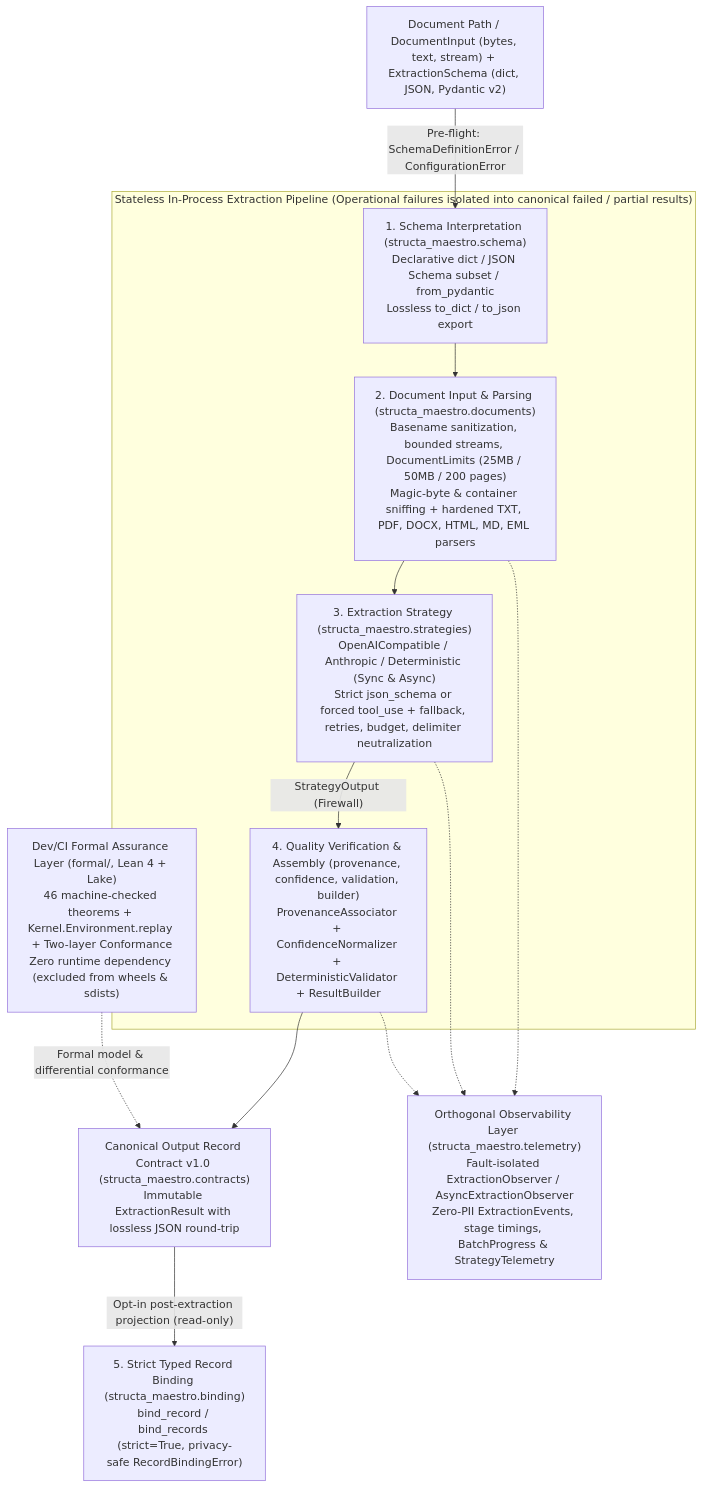
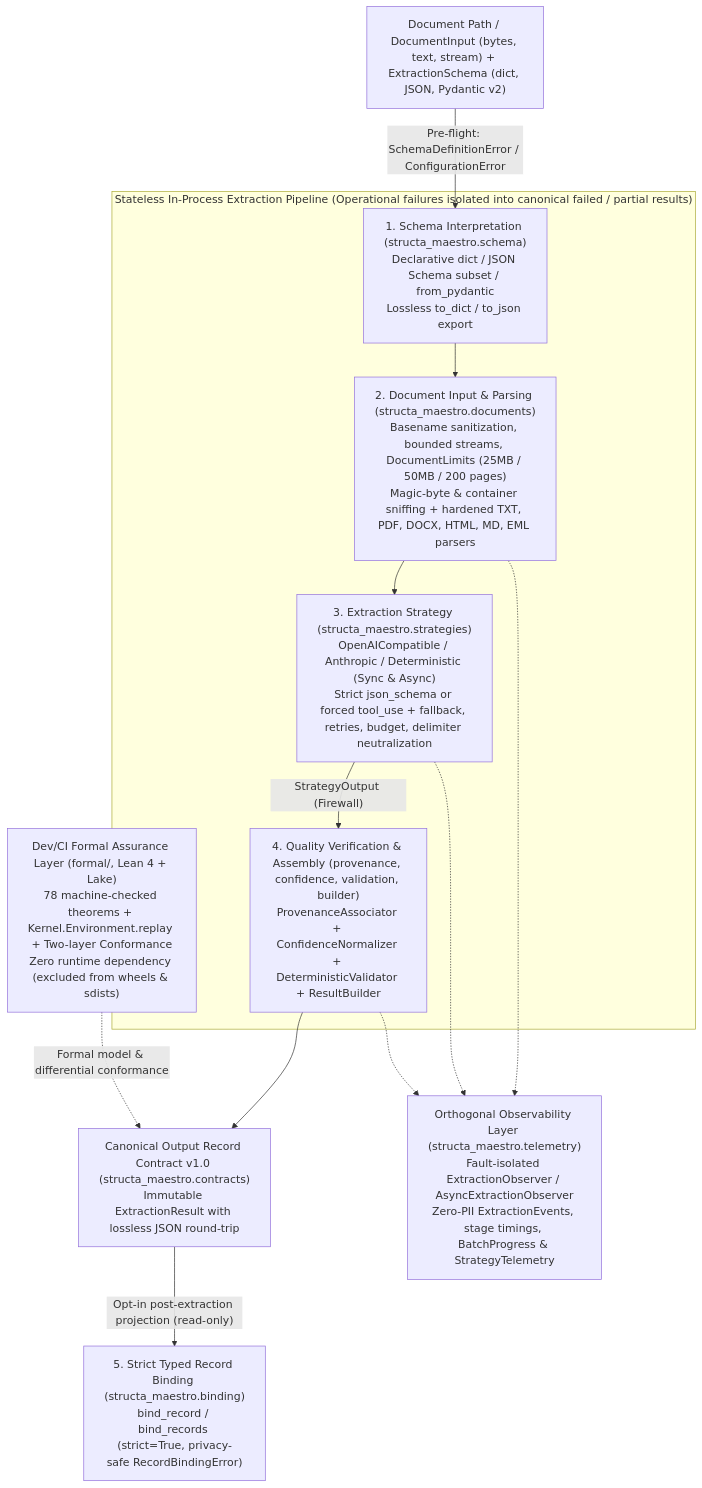
Before and after one commit to ivnmoreno/structa-maestro: the diagram in docs/architecture.md, drawn with Mermaid. The commit also changed other lines of this file and 14 other files, not shown here.

````diff
--- a/docs/architecture.md
+++ b/docs/architecture.md
@@ -7,24 +7,24 @@
 ```mermaid
 flowchart TD
     Input["Document Path / DocumentInput (bytes, text, stream) + ExtractionSchema (dict, JSON, Pydantic v2)"]
     Input -->|"Pre-flight: SchemaDefinitionError / ConfigurationError"| S1
 
     subgraph Pipeline["Stateless In-Process Extraction Pipeline (Operational failures isolated into canonical failed / partial results)"]
         S1["1. Schema Interpretation (structa_maestro.schema)\nDeclarative dict / JSON Schema subset / from_pydantic\nLossless to_dict / to_json export"]
         S2["2. Document Input & Parsing (structa_maestro.documents)\nBasename sanitization, bounded streams, DocumentLimits (25MB / 50MB / 200 pages)\nMagic-byte & container sniffing + hardened TXT, PDF, DOCX, HTML, MD, EML parsers"]
         S3["3. Extraction Strategy (structa_maestro.strategies)\nOpenAICompatible / Anthropic / Deterministic (Sync & Async)\nStrict json_schema or forced tool_use + fallback, retries, budget, delimiter neutralization"]
         S4["4. Quality Verification & Assembly (provenance, confidence, validation, builder)\nProvenanceAssociator + ConfidenceNormalizer + DeterministicValidator + ResultBuilder"]
         S1 --> S2 --> S3 -->|"StrategyOutput (Firewall)"| S4
     end
 
     S4 --> Contract["Canonical Output Record Contract v1.0 (structa_maestro.contracts)\nImmutable ExtractionResult with lossless JSON round-trip"]
     Contract -->|"Opt-in post-extraction projection (read-only)"| S5["5. Strict Typed Record Binding (structa_maestro.binding)\nbind_record / bind_records (strict=True, privacy-safe RecordBindingError)"]
 
     Telemetry["Orthogonal Observability Layer (structa_maestro.telemetry)\nFault-isolated ExtractionObserver / AsyncExtractionObserver\nZero-PII ExtractionEvents, stage timings, BatchProgress & StrategyTelemetry"]
     S2 -.-> Telemetry
     S3 -.-> Telemetry
     S4 -.-> Telemetry
 
-    Formal["Dev/CI Formal Assurance Layer (formal/, Lean 4 + Lake)\n46 machine-checked theorems + Kernel.Environment.replay + Two-layer Conformance\nZero runtime dependency (excluded from wheels & sdists)"]
+    Formal["Dev/CI Formal Assurance Layer (formal/, Lean 4 + Lake)\n78 machine-checked theorems + Kernel.Environment.replay + Two-layer Conformance\nZero runtime dependency (excluded from wheels & sdists)"]
     Formal -. "Formal model & differential conformance" .-> Contract
 ```
````
